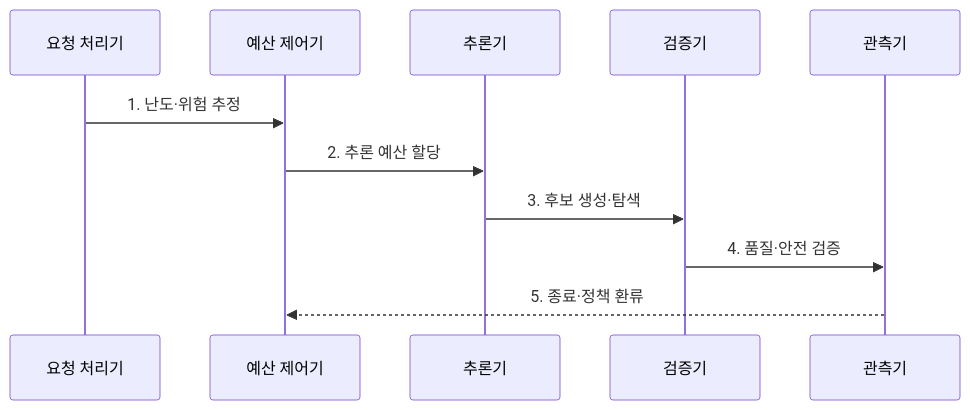
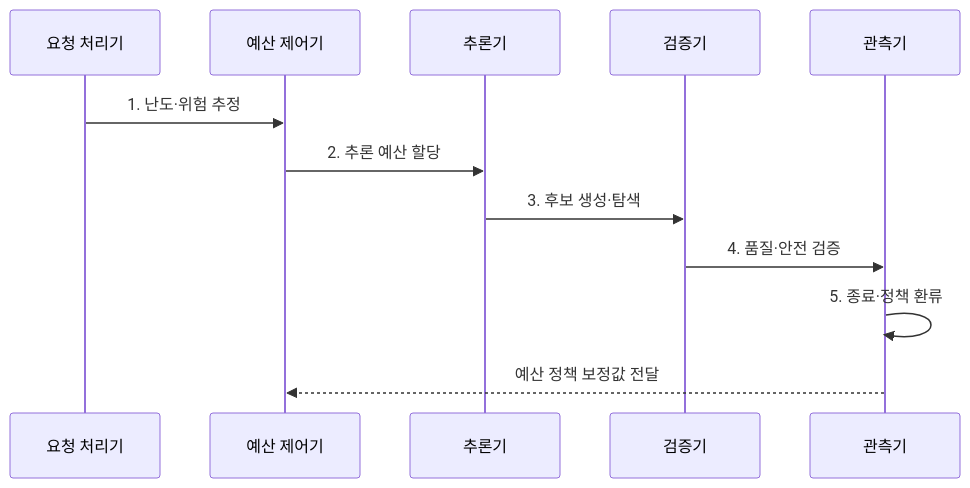
The second of 2 diagrams in src/content/docs/notes/08-latest-tech/040_test_time_compute.md (agnusdei1207/knowledge-base), drawn with Mermaid before and after one commit. The commit also changed other lines of this file and 225 other files, not shown here.

````diff
--- a/src/content/docs/notes/08-latest-tech/040_test_time_compute.md
+++ b/src/content/docs/notes/08-latest-tech/040_test_time_compute.md
@@ -84,13 +84,14 @@
 ```mermaid
 sequenceDiagram
   participant R as 요청 처리기
   participant B as 예산 제어기
   participant I as 추론기
   participant V as 검증기
   participant O as 관측기
   R->>B: 1. 난도·위험 추정
   B->>I: 2. 추론 예산 할당
   I->>V: 3. 후보 생성·탐색
   V->>O: 4. 품질·안전 검증
-  O-->>B: 5. 종료·정책 환류
+  O->>O: 5. 종료·정책 환류
+  O-->>B: 예산 정책 보정값 전달
 ```
````
